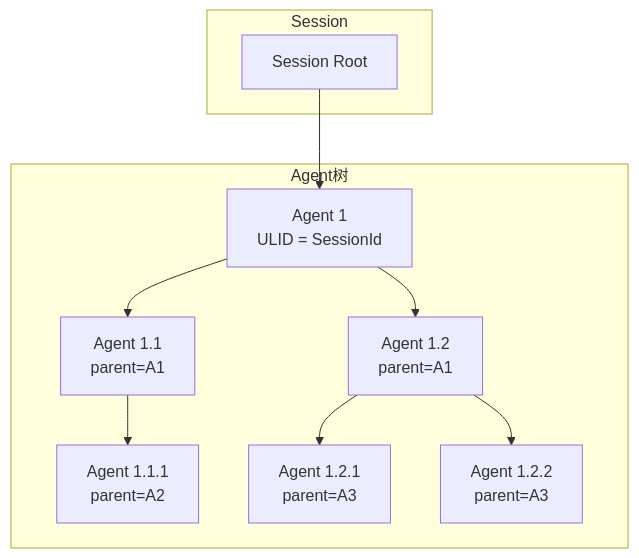
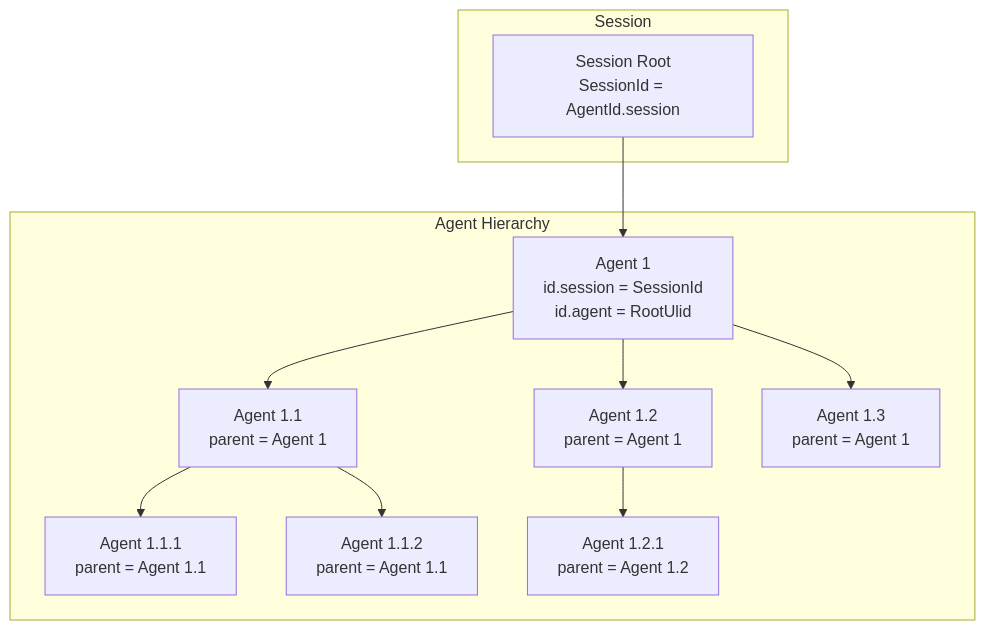
The third of 3 diagrams in progress/TECH-SESSION.md (MiyakoMeow/neoco), drawn with Mermaid before and after one commit. The commit also changed other lines of this file and 11 other files, not shown here.

````diff
--- a/progress/TECH-SESSION.md
+++ b/progress/TECH-SESSION.md
@@ -340,22 +498,26 @@
 ```mermaid
 graph TD
     subgraph "Session"
-        S[Session Root]
+        S[Session Root<br/>SessionId = AgentId.session]
     end
     
-    subgraph "Agent树"
-        A1[Agent 1<br/>ULID = SessionId]
-        A2[Agent 1.1<br/>parent=A1]
-        A3[Agent 1.2<br/>parent=A1]
-        A4[Agent 1.1.1<br/>parent=A2]
-        A5[Agent 1.2.1<br/>parent=A3]
-        A6[Agent 1.2.2<br/>parent=A3]
+    subgraph "Agent Hierarchy"
+        A1[Agent 1<br/>id.session = SessionId<br/>id.agent = RootUlid]
+        A2[Agent 1.1<br/>parent = Agent 1]
+        A3[Agent 1.2<br/>parent = Agent 1]
+        A4[Agent 1.3<br/>parent = Agent 1]
+        
+        A5[Agent 1.1.1<br/>parent = Agent 1.1]
+        A6[Agent 1.1.2<br/>parent = Agent 1.1]
+        
+        A7[Agent 1.2.1<br/>parent = Agent 1.2]
     end
     
     S --> A1
     A1 --> A2
     A1 --> A3
-    A2 --> A4
-    A3 --> A5
-    A3 --> A6
+    A1 --> A4
+    A2 --> A5
+    A2 --> A6
+    A3 --> A7
 ```
````
